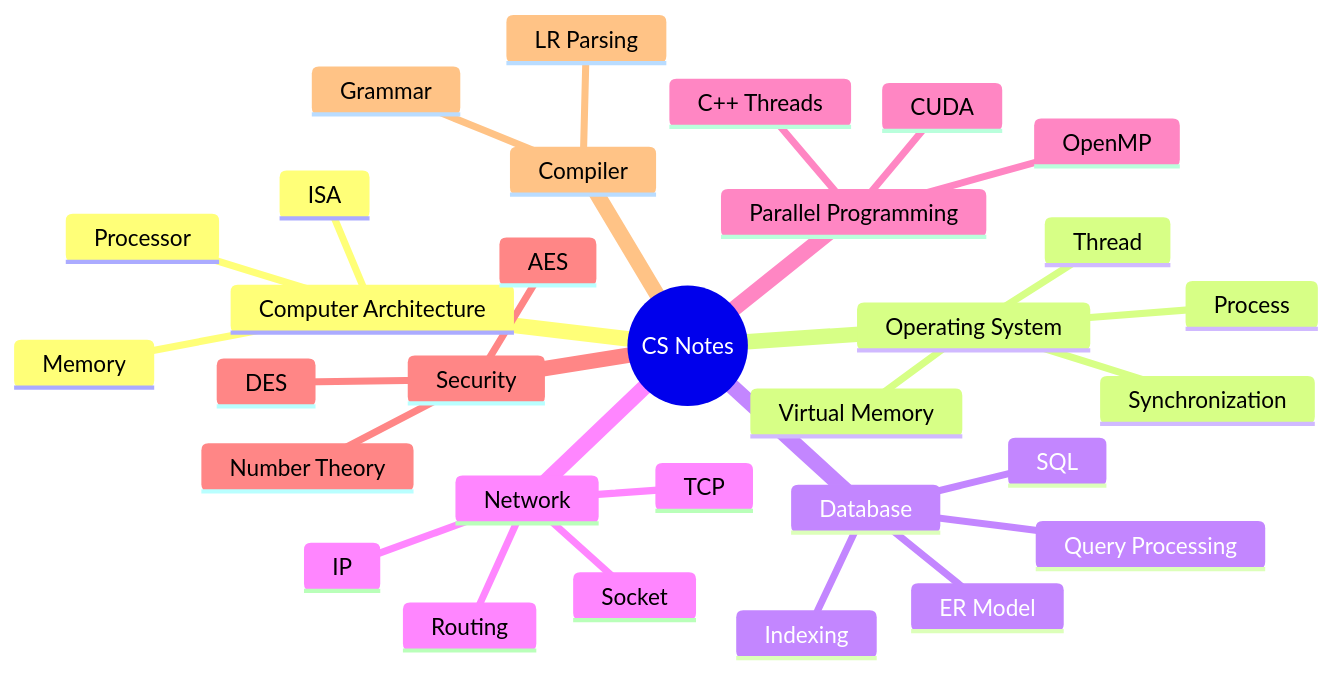
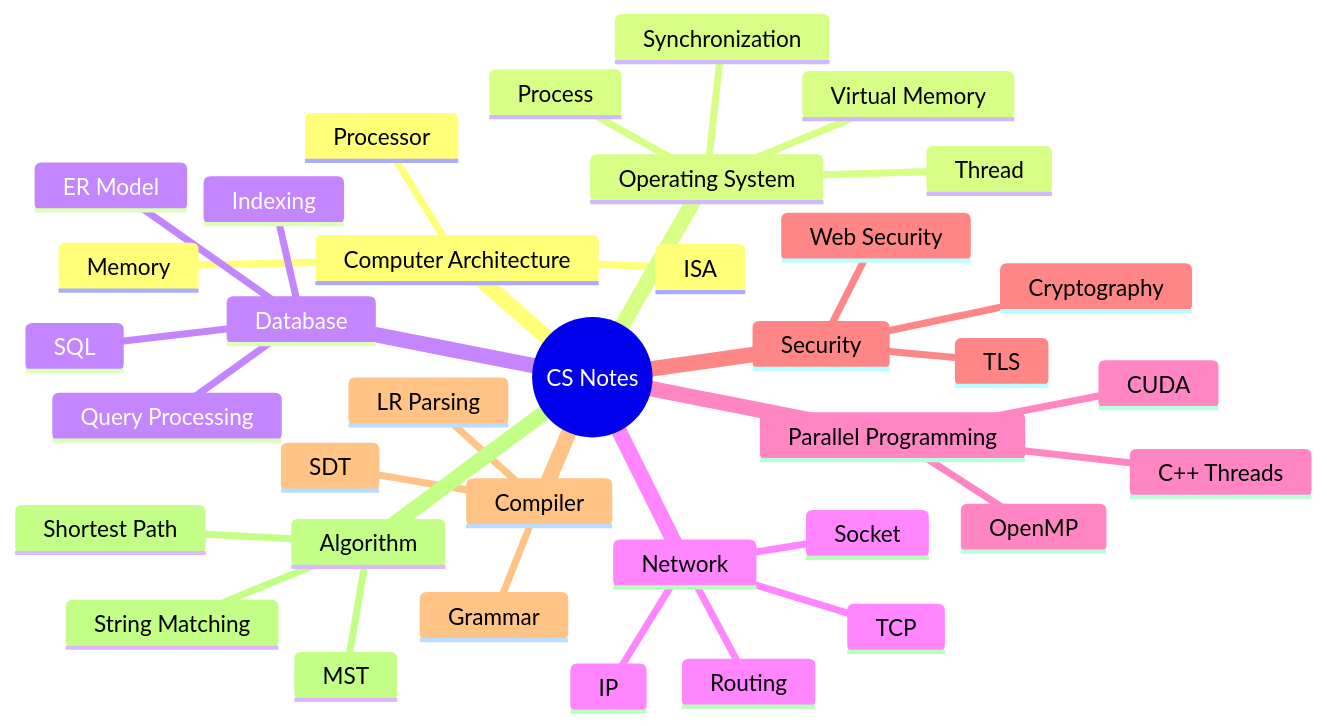
One commit to bmh7190/study-for-me changed the diagram in README.md. Above: the diagram before and after it, drawn with Mermaid. The commit also changed other lines of this file and 11 other files, not shown here.

````diff
--- a/README.md
+++ b/README.md
@@ -19,34 +19,39 @@
 ```mermaid
 mindmap
   root((CS Notes))
     Computer Architecture
       ISA
       Processor
       Memory
     Operating System
       Process
       Thread
       Synchronization
       Virtual Memory
     Database
       SQL
       ER Model
       Indexing
       Query Processing
     Network
       IP
       Routing
       TCP
       Socket
     Parallel Programming
       C++ Threads
       OpenMP
       CUDA
     Security
-      Number Theory
-      DES
-      AES
+      Cryptography
+      TLS
+      Web Security
     Compiler
       Grammar
       LR Parsing
+      SDT
+    Algorithm
+      MST
+      Shortest Path
+      String Matching
 ```
````
